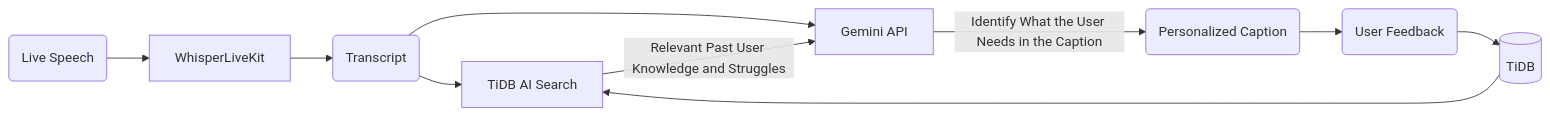
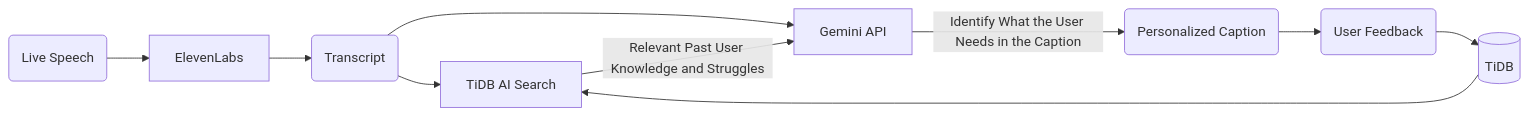
The diagram in ARCHITECTURE.md (Noisymarc/STORMHACKS-2026), drawn with Mermaid before and after one commit.

Commit message:
changed WhisperLiveKit to ElevenLabs

````diff
--- a/ARCHITECTURE.md
+++ b/ARCHITECTURE.md
@@ -3,25 +3,25 @@
 ```mermaid
 flowchart LR
     A(Live Speech)
-    B[WhisperLiveKit]
+    B[ElevenLabs]
     C(Transcript)
     D[TiDB AI Search]
     E[Gemini API]
     F(Personalized Caption)
     G(User Feedback)
     H[(TiDB)]
     
     A --> B
     B --> C
 
     C --> D
 
     C --> E
     D -->|Relevant Past User Knowledge and Struggles| E
 
     E -->|Identify What the User Needs in the Caption| F
     F --> G
 
     G --> H
     H --> D 
 ```
````
